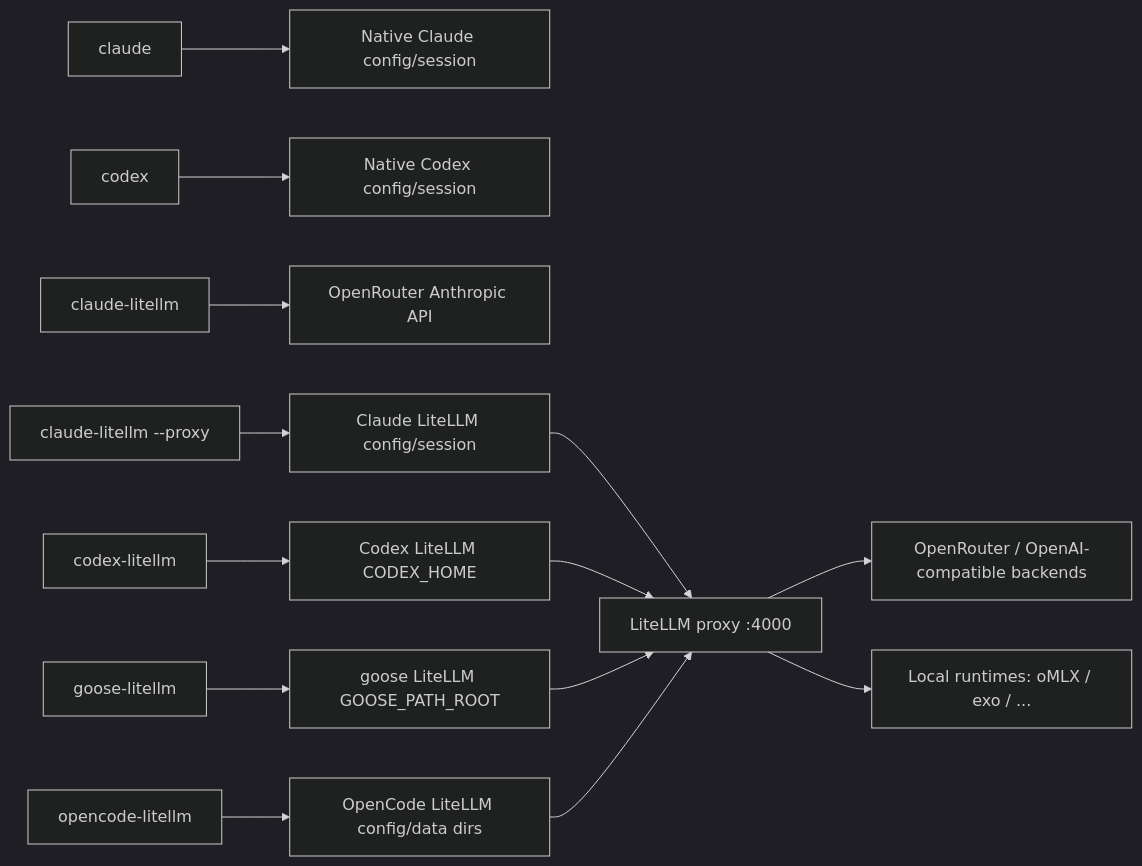
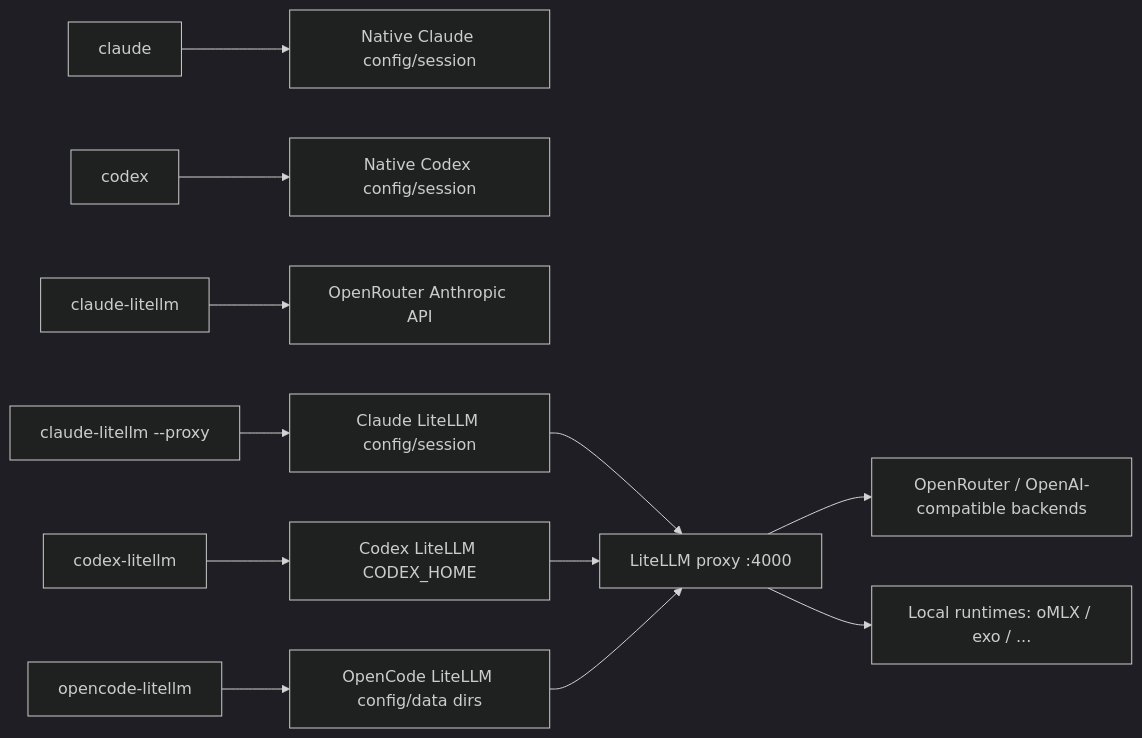
One commit to xz0831/ai-litellm changed the diagram in docs/AI_AGENT_LITELLM_ARCHITECTURE.md. Above: the diagram before and after it, drawn with Mermaid (dark theme). The commit also changed other lines of this file and 41 other files, not shown here.

````diff
--- a/docs/AI_AGENT_LITELLM_ARCHITECTURE.md
+++ b/docs/AI_AGENT_LITELLM_ARCHITECTURE.md
@@ -35,16 +34,14 @@
 ```mermaid
 flowchart LR
   A["claude"] --> B["Native Claude config/session"]
   C["codex"] --> D["Native Codex config/session"]
   E["claude-litellm"] --> P["OpenRouter Anthropic API"]
   Q["claude-litellm --proxy"] --> F["Claude LiteLLM config/session"]
   G["codex-litellm"] --> H["Codex LiteLLM CODEX_HOME"]
-  L["goose-litellm"] --> M["goose LiteLLM GOOSE_PATH_ROOT"]
   N["opencode-litellm"] --> O["OpenCode LiteLLM config/data dirs"]
   F --> I["LiteLLM proxy :4000"]
   H --> I
-  M --> I
   O --> I
   I --> J["OpenRouter / OpenAI-compatible backends"]
   I --> K["Local runtimes: oMLX / exo / ..."]
 ```
````
